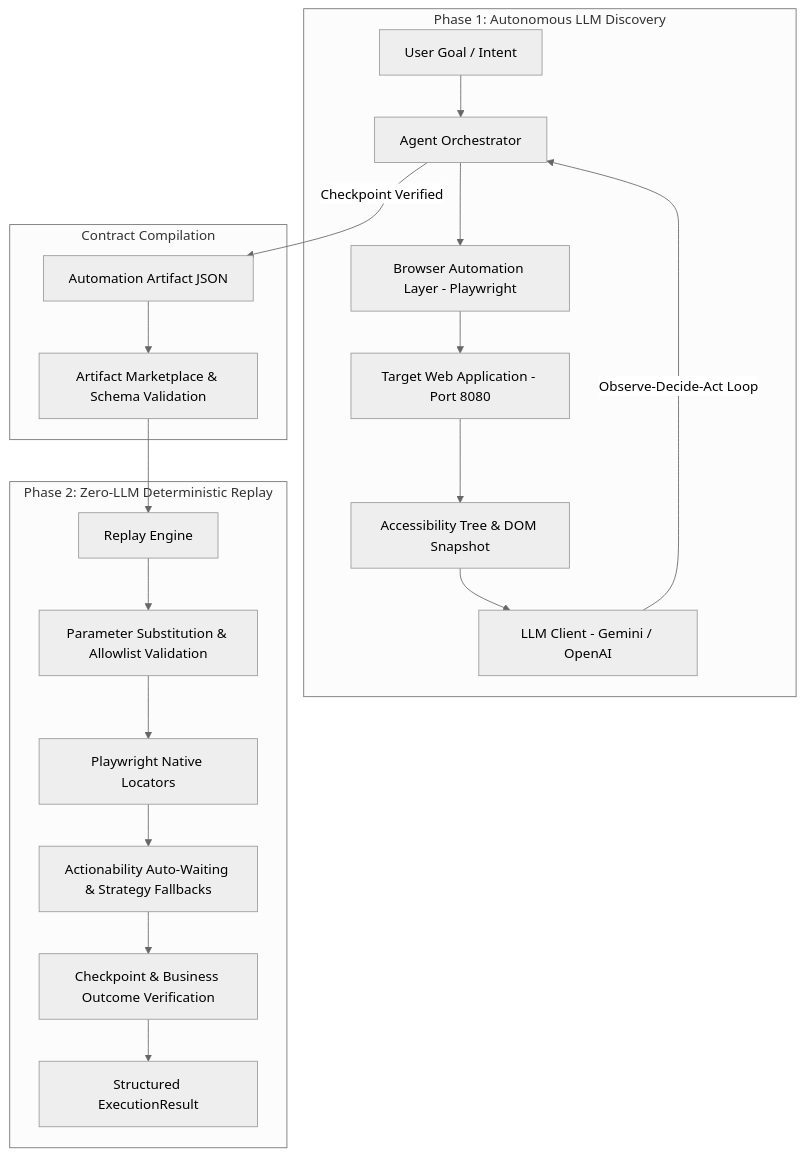
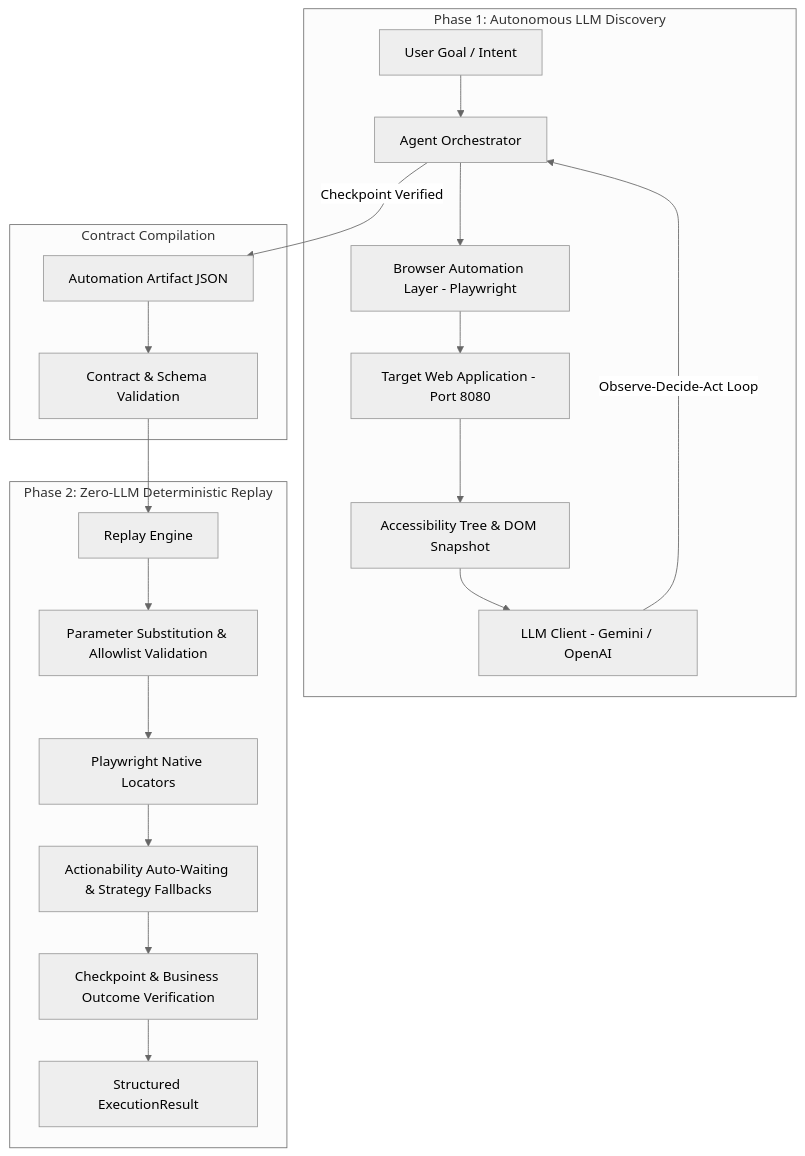
The diagram in README.md (AaschitaReddyM/neuro_zero_replay), drawn with Mermaid (neutral theme) before and after one commit. The commit also changed other lines of this file and 22 other files, not shown here.

````diff
--- a/README.md
+++ b/README.md
@@ -26,26 +26,26 @@
 ```mermaid
 graph TD
     subgraph Phase 1: Autonomous LLM Discovery
         A[User Goal / Intent] --> B[Agent Orchestrator]
         B --> C[Browser Automation Layer - Playwright]
         C --> D[Target Web Application - Port 8080]
         D --> E[Accessibility Tree & DOM Snapshot]
         E --> F[LLM Client - Gemini / OpenAI]
         F -->|Observe-Decide-Act Loop| B
     end
 
     subgraph Contract Compilation
-        G[Automation Artifact JSON] --> H[Artifact Marketplace & Schema Validation]
+        G[Automation Artifact JSON] --> H[Contract & Schema Validation]
     end
 
     subgraph Phase 2: Zero-LLM Deterministic Replay
         I[Replay Engine] --> J[Parameter Substitution & Allowlist Validation]
         J --> K[Playwright Native Locators]
         K --> L[Actionability Auto-Waiting & Strategy Fallbacks]
         L --> M[Checkpoint & Business Outcome Verification]
         M --> N[Structured ExecutionResult]
     end
 
     B -->|Checkpoint Verified| G
     H --> I
 ```
````
